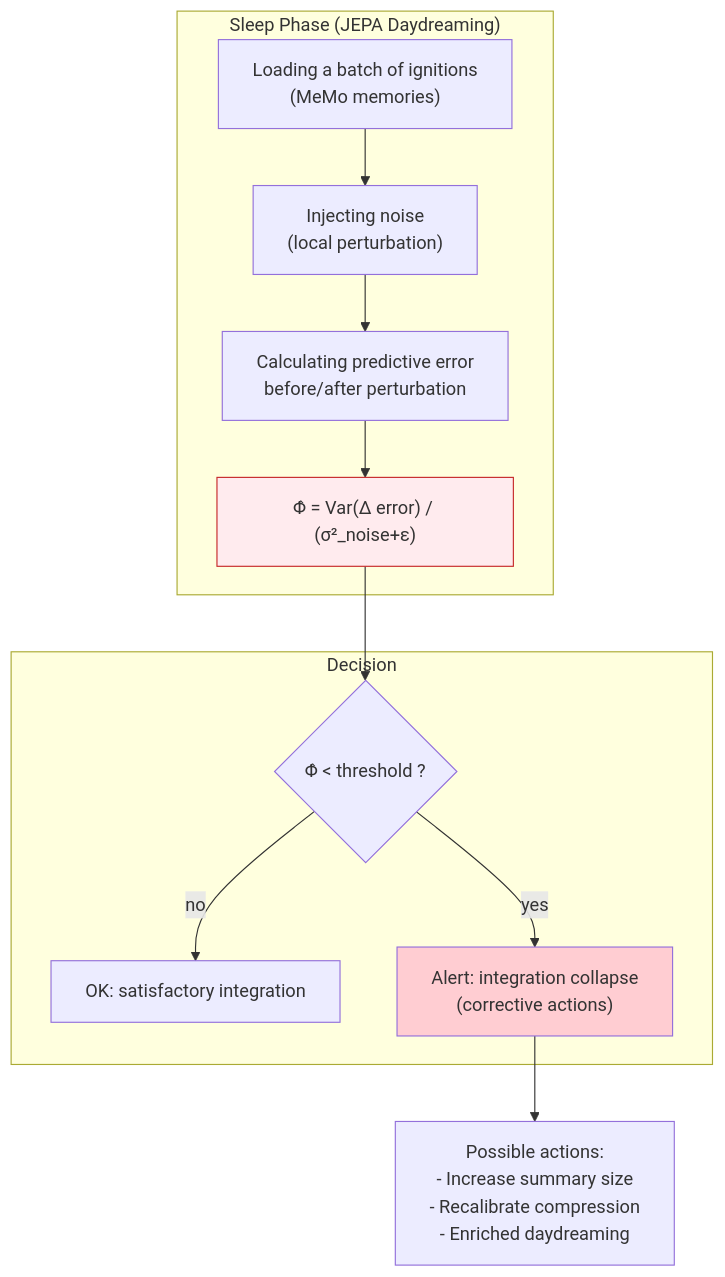
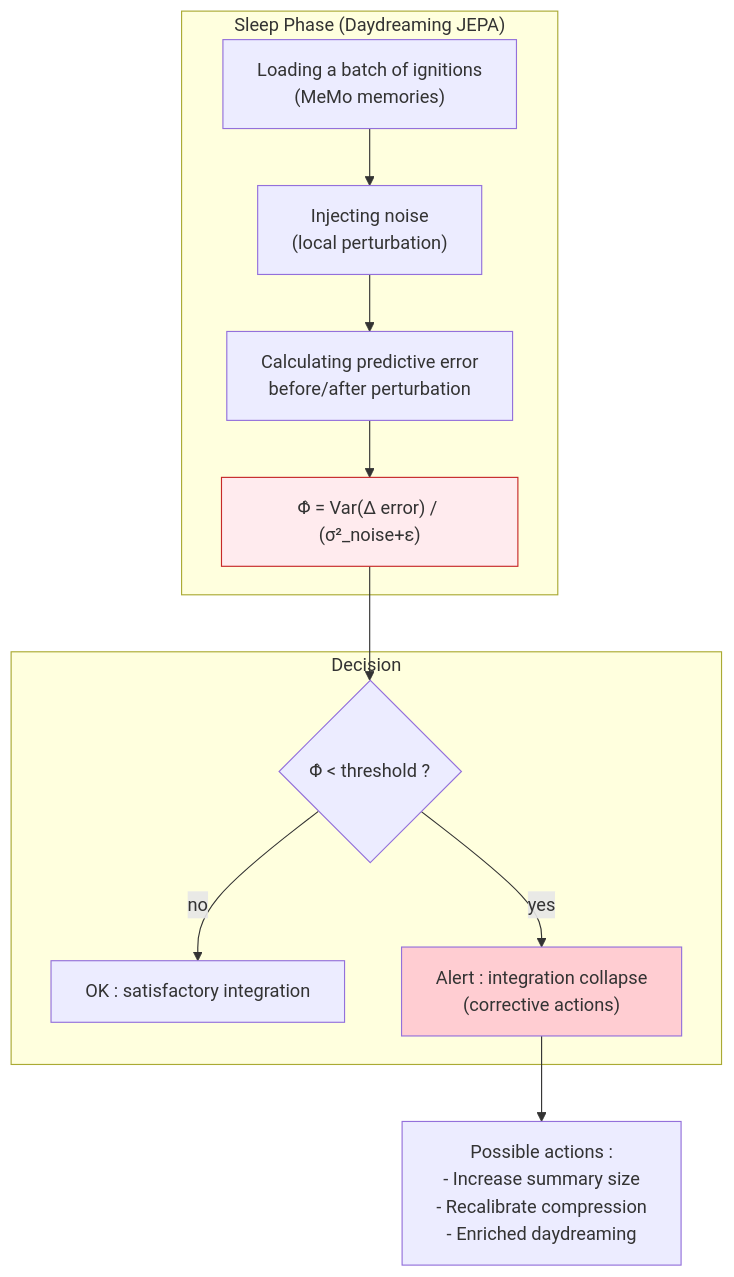
The seventh of 7 diagrams in concepts/concepts.md (AlainCo/GNWT-Garrigue-X-en), drawn with Mermaid before and after one commit. The commit also changed other lines of this file and 24 other files, not shown here.

````diff
--- a/concepts/concepts.md
+++ b/concepts/concepts.md
@@ -615,24 +617,24 @@
 ```mermaid
 flowchart TD
-    subgraph Sleep ["Sleep Phase (JEPA Daydreaming)"]
+    subgraph Sommeil ["Sleep Phase (Daydreaming JEPA)"]
         A["Loading a batch of ignitions<br>(MeMo memories)"]
         B["Injecting noise<br>(local perturbation)"]
         C["Calculating predictive error<br>before/after perturbation"]
         D["Φ̂ = Var(Δ error) / (σ²_noise+ε)"]
     end
 
-    subgraph Alert ["Decision"]
+    subgraph Alerte ["Decision"]
         E{Φ̂ < threshold ?}
-        F["OK: satisfactory integration"]
-        G["Alert: integration collapse<br>(corrective actions)"]
+        F["OK : satisfactory integration"]
+        G["Alert : integration collapse<br>(corrective actions)"]
     end
 
     A --> B --> C --> D --> E
     E -->|no| F
     E -->|yes| G
 
-    G --> H["Possible actions:<br>- Increase summary size<br>- Recalibrate compression<br>- Enriched daydreaming"]
+    G --> H["Possible actions :<br>- Increase summary size<br>- Recalibrate compression<br>- Enriched daydreaming"]
 
     style D fill:#ffebee,stroke:#c62828
     style G fill:#ffcdd2
 ```
````
